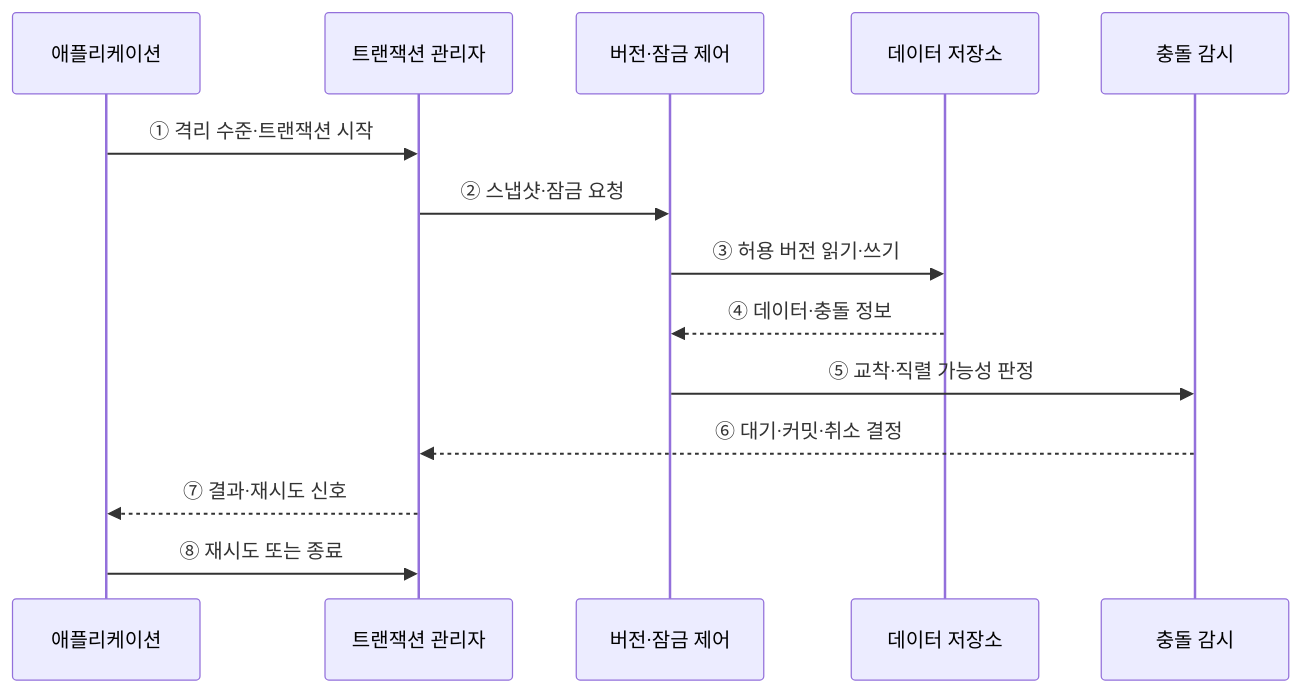
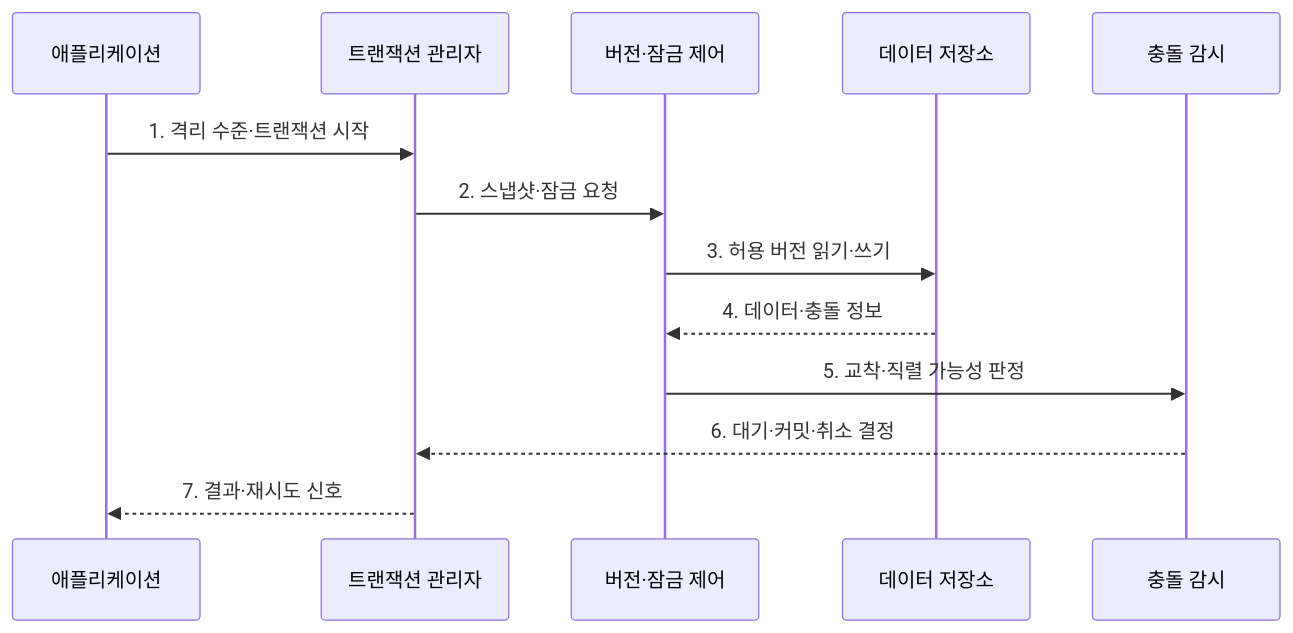
Before and after one commit to agnusdei1207/knowledge-base: the second of 2 diagrams in src/content/docs/notes/03-software/086_transaction_isolation_levels.md, drawn with Mermaid. The commit also changed other lines of this file and 20 other files, not shown here.

````diff
--- a/src/content/docs/notes/03-software/086_transaction_isolation_levels.md
+++ b/src/content/docs/notes/03-software/086_transaction_isolation_levels.md
@@ -73,16 +81,15 @@
 ```mermaid
 sequenceDiagram
     participant A as 애플리케이션
     participant T as 트랜잭션 관리자
     participant V as 버전·잠금 제어
     participant D as 데이터 저장소
     participant M as 충돌 감시
-    A->>T: ① 격리 수준·트랜잭션 시작
-    T->>V: ② 스냅샷·잠금 요청
-    V->>D: ③ 허용 버전 읽기·쓰기
-    D-->>V: ④ 데이터·충돌 정보
-    V->>M: ⑤ 교착·직렬 가능성 판정
-    M-->>T: ⑥ 대기·커밋·취소 결정
-    T-->>A: ⑦ 결과·재시도 신호
-    A->>T: ⑧ 재시도 또는 종료
+    A->>T: 1. 격리 수준·트랜잭션 시작
+    T->>V: 2. 스냅샷·잠금 요청
+    V->>D: 3. 허용 버전 읽기·쓰기
+    D-->>V: 4. 데이터·충돌 정보
+    V->>M: 5. 교착·직렬 가능성 판정
+    M-->>T: 6. 대기·커밋·취소 결정
+    T-->>A: 7. 결과·재시도 신호
 ```
````
